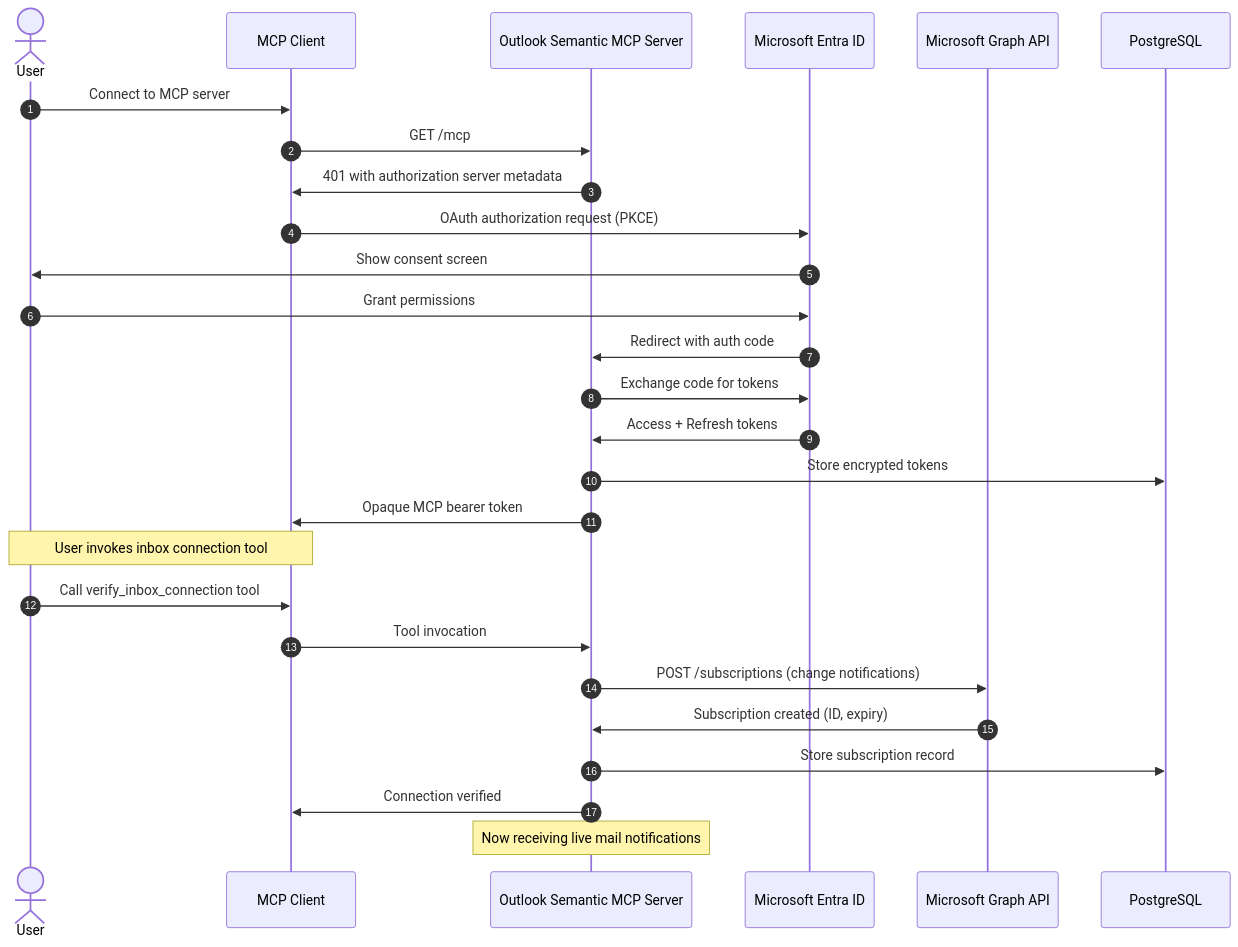
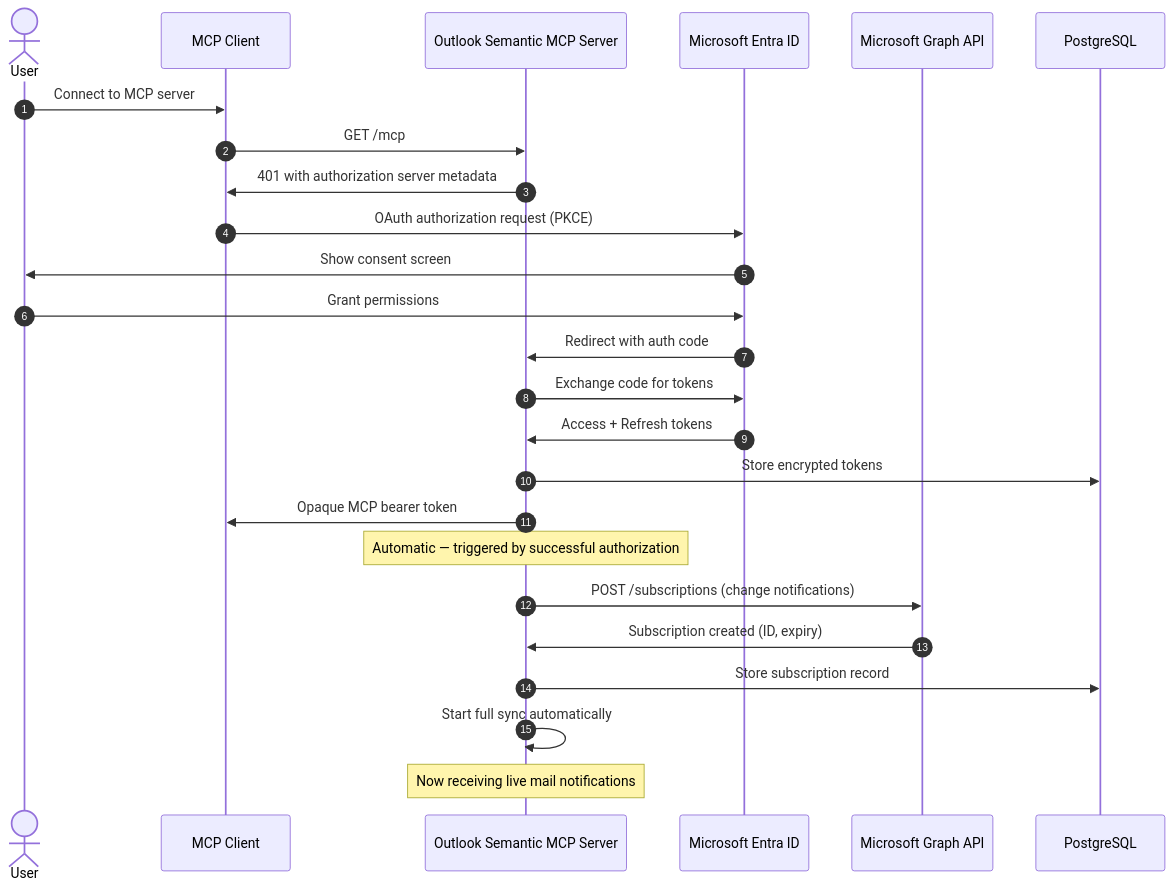
Before and after one commit to Unique-AG/connectors: the second of 3 diagrams in services/outlook-semantic-mcp/docs/README.md, drawn with Mermaid. The commit also changed other lines of this file and 2 other files, not shown here.

````diff
--- a/services/outlook-semantic-mcp/docs/README.md
+++ b/services/outlook-semantic-mcp/docs/README.md
@@ -169,32 +169,30 @@
 ```mermaid
 sequenceDiagram
     autonumber
     actor User
     participant MCPClient as MCP Client
     participant OutlookMCP as Outlook Semantic MCP Server
     participant EntraID as Microsoft Entra ID
     participant MSGraph as Microsoft Graph API
     participant DB as PostgreSQL
 
     User->>MCPClient: Connect to MCP server
     MCPClient->>OutlookMCP: GET /mcp
     OutlookMCP->>MCPClient: 401 with authorization server metadata
     MCPClient->>EntraID: OAuth authorization request (PKCE)
     EntraID->>User: Show consent screen
     User->>EntraID: Grant permissions
     EntraID->>OutlookMCP: Redirect with auth code
     OutlookMCP->>EntraID: Exchange code for tokens
     EntraID->>OutlookMCP: Access + Refresh tokens
     OutlookMCP->>DB: Store encrypted tokens
     OutlookMCP->>MCPClient: Opaque MCP bearer token
 
-    Note over User,MCPClient: User invokes inbox connection tool
-    User->>MCPClient: Call verify_inbox_connection tool
-    MCPClient->>OutlookMCP: Tool invocation
+    Note over OutlookMCP: Automatic — triggered by successful authorization
     OutlookMCP->>MSGraph: POST /subscriptions (change notifications)
     MSGraph->>OutlookMCP: Subscription created (ID, expiry)
     OutlookMCP->>DB: Store subscription record
-    OutlookMCP->>MCPClient: Connection verified
+    OutlookMCP->>OutlookMCP: Start full sync automatically
 
     Note over OutlookMCP: Now receiving live mail notifications
 ```
````
